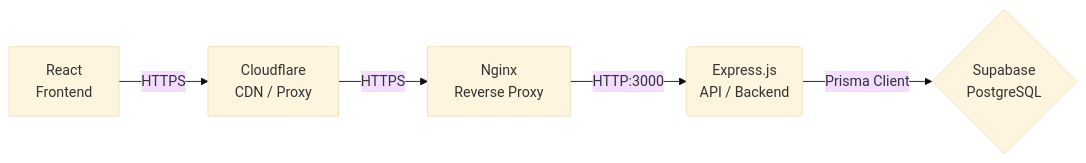
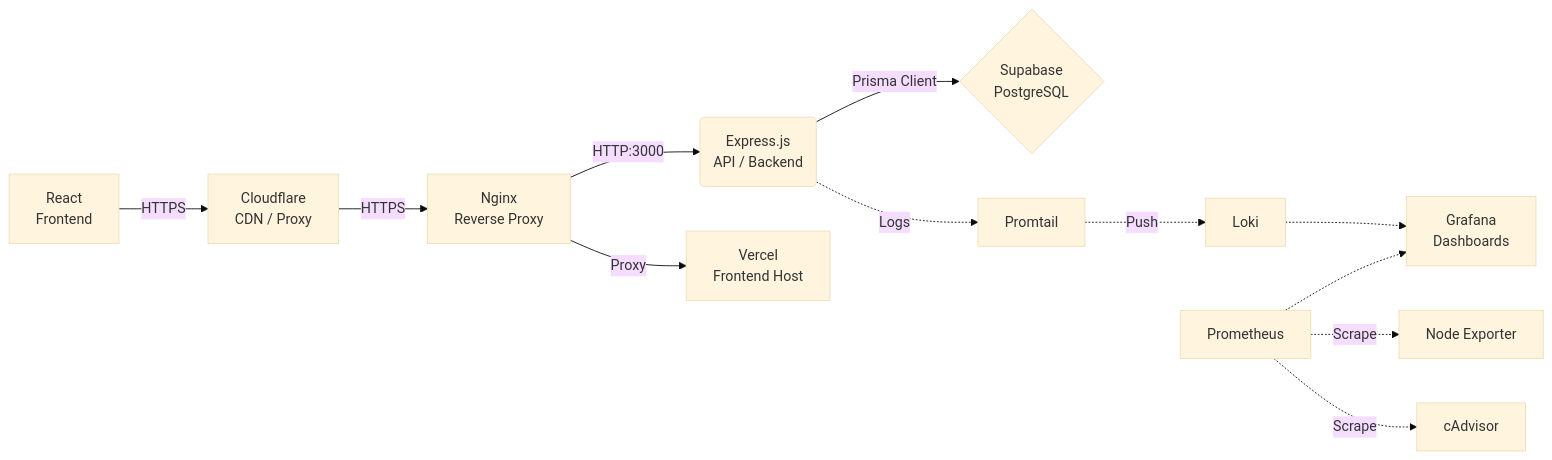
One commit to EmersonTejada/ride-balance-api changed the diagram in README.md. Above: the diagram before and after it, drawn with Mermaid (base theme). The commit also changed other lines of this file and 19 other files, not shown here.

````diff
--- a/README.md
+++ b/README.md
@@ -38,7 +40,14 @@
 ```mermaid
 graph LR
     A[React \n Frontend] -->|HTTPS| CF[Cloudflare \n CDN / Proxy]
     CF -->|HTTPS| N[Nginx \n Reverse Proxy]
     N -->|HTTP:3000| B(Express.js \n API / Backend)
+    N -->|Proxy| V[Vercel \n Frontend Host]
     B -->|Prisma Client| C{Supabase \n PostgreSQL}
+    B -.->|Logs| PR[Promtail]
+    PR -.->|Push| L[Loki]
+    P[Prometheus] -.->|Scrape| NE[Node Exporter]
+    P -.->|Scrape| CA[cAdvisor]
+    L -.-> G[Grafana \n Dashboards]
+    P -.-> G
 ```
````
